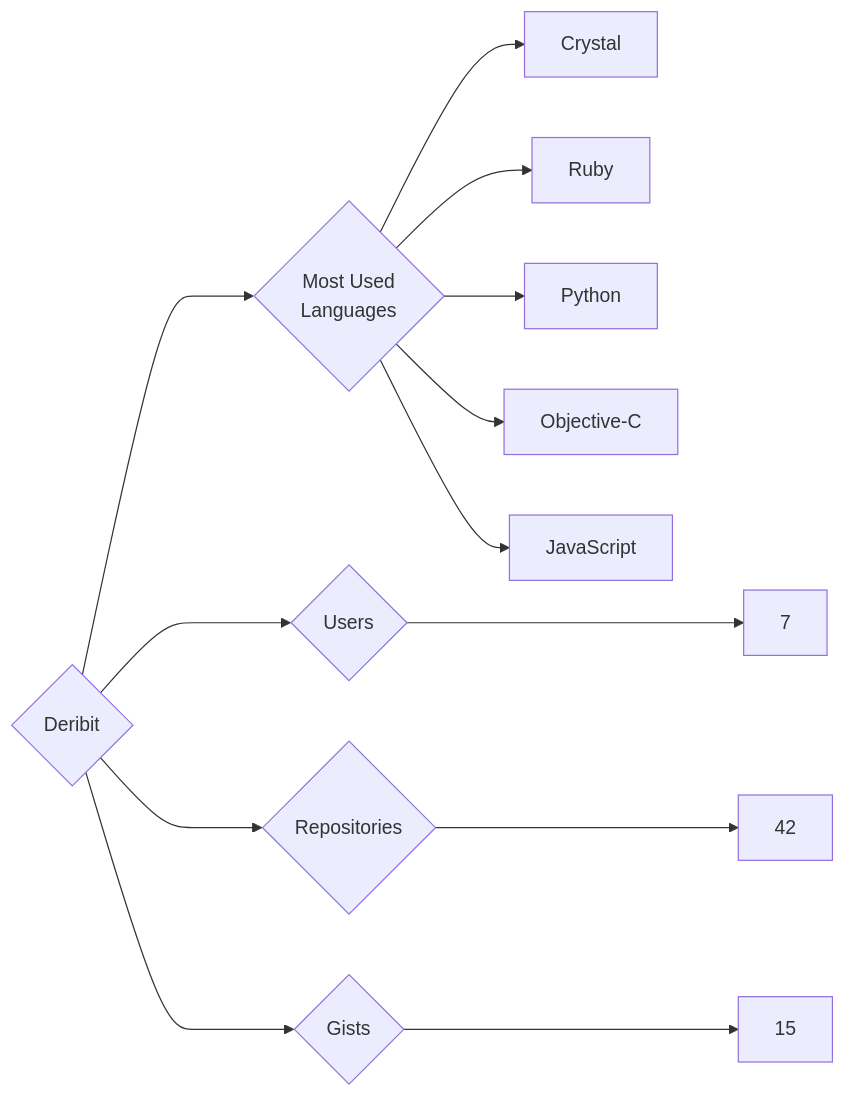
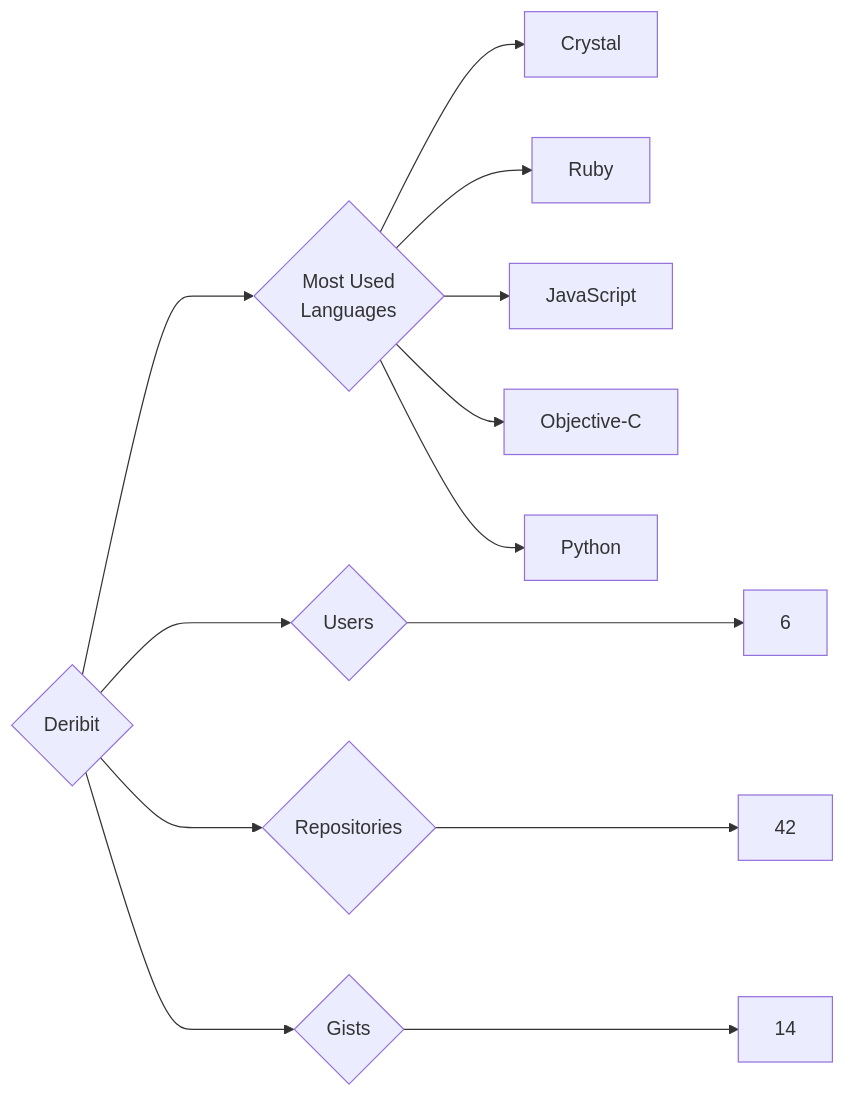
One commit to trickest/insiders changed the diagram in targets/Deribit/README.md. Above: the diagram before and after it, drawn with Mermaid. The commit also changed 916 other files, not shown here.

````diff
--- a/targets/Deribit/README.md
+++ b/targets/Deribit/README.md
@@ -3,13 +3,13 @@
 ```mermaid
 graph LR
 COMPANY_NAME{Deribit}
-COMPANY_NAME ---> U{Users} ---> UN[7]
+COMPANY_NAME ---> U{Users} ---> UN[6]
 COMPANY_NAME ---> R{Repositories} ---> RN[42]
-COMPANY_NAME ---> G{Gists} ---> GN[15]
+COMPANY_NAME ---> G{Gists} ---> GN[14]
 COMPANY_NAME ---> ML{Most Used<br>Languages}
 ML --> Crystal[Crystal]
 ML --> Ruby[Ruby]
+ML --> JavaScript[JavaScript]
+ML --> Objective-C[Objective-C]
 ML --> Python[Python]
-ML --> Objective-C[Objective-C]
-ML --> JavaScript[JavaScript]
 ```
````
